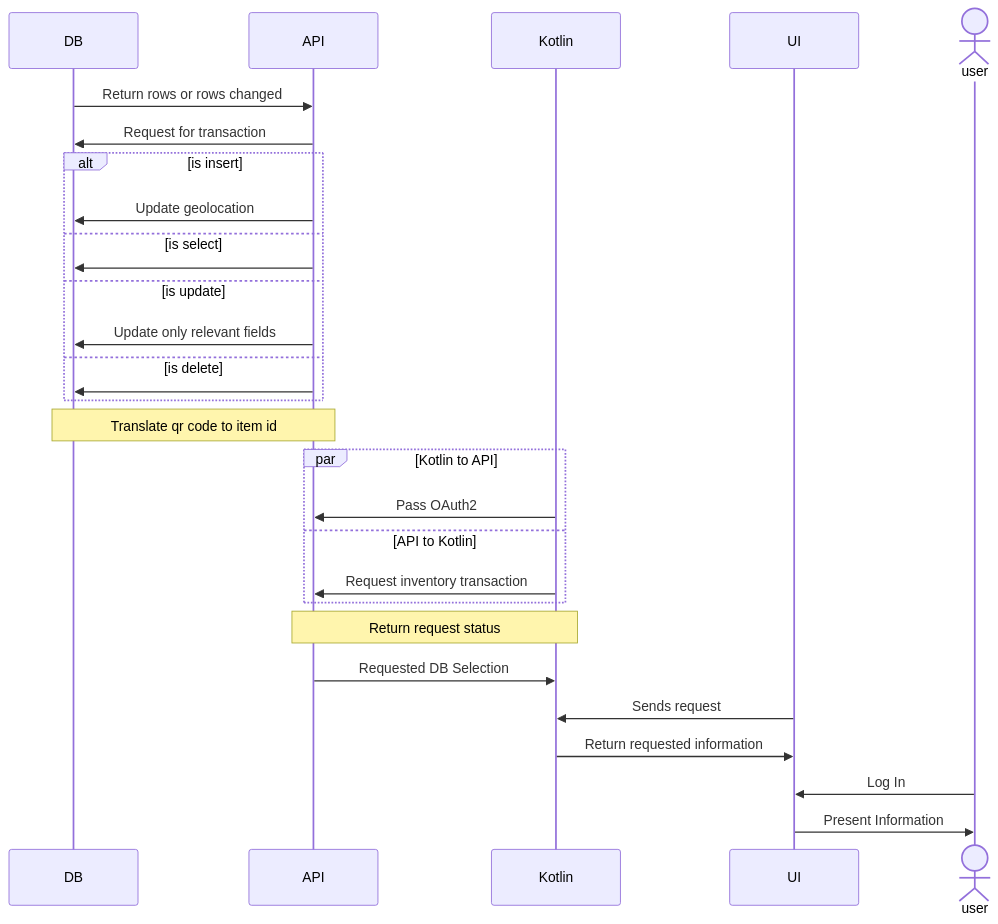
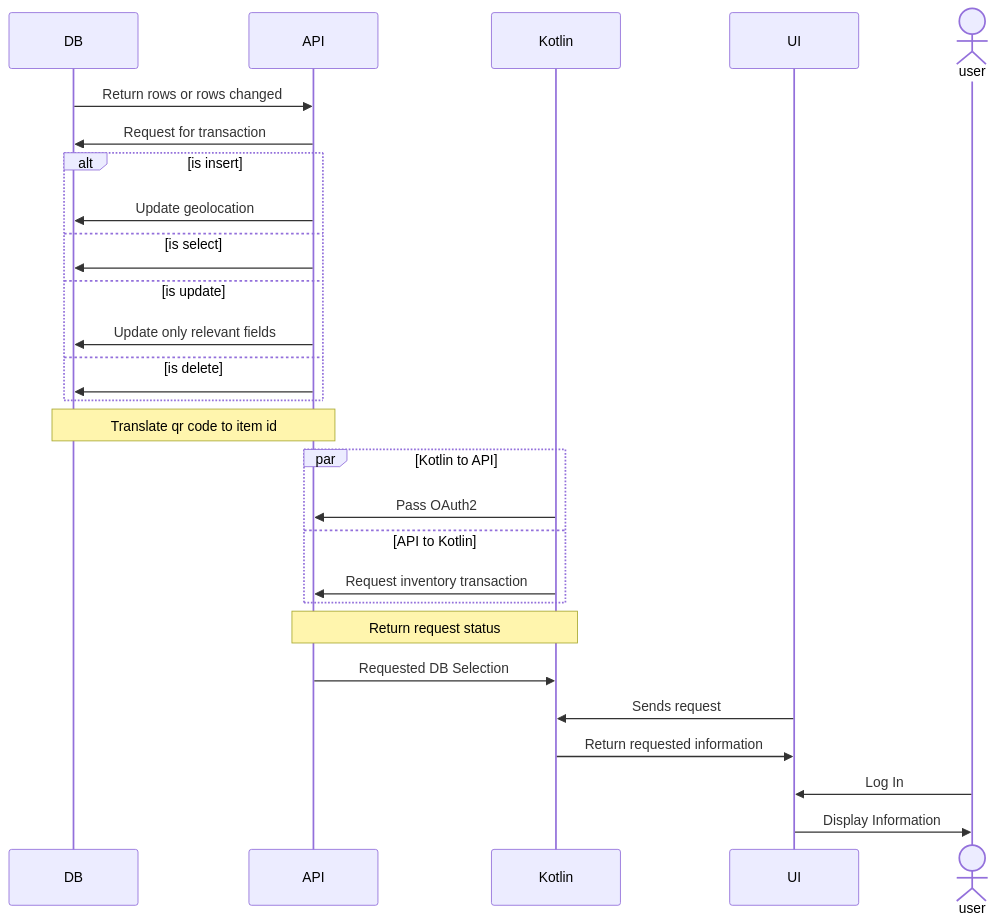
One commit to Andrew-Shepard/qstars-android-ui changed the diagram in README.md. Above: the diagram before and after it, drawn with Mermaid.

````diff
--- a/README.md
+++ b/README.md
@@ -4,30 +4,30 @@
 ```mermaid
 sequenceDiagram
 DB->>API: Return rows or rows changed
 API->>DB: Request for transaction
 alt is insert
     API->>DB: Update geolocation
 else is select
     API->>DB: 
 else is update
     API->>DB: Update only relevant fields
 else is delete
     API->>DB: 
 end
 Note over API,DB: Translate qr code to item id
 par Kotlin to API
     Kotlin->>API: Pass OAuth2
 and API to Kotlin
     Kotlin->>API: Request inventory transaction
 end
 Note over Kotlin,API: Return request status
 API->>Kotlin: Requested DB Selection
 
 UI->>Kotlin: Sends request
 Kotlin->>UI: Return requested information
 
 actor user
 
 user->>UI: Log In
-UI->>user: Present Information
+UI->>user: Display Information
 ```
````
